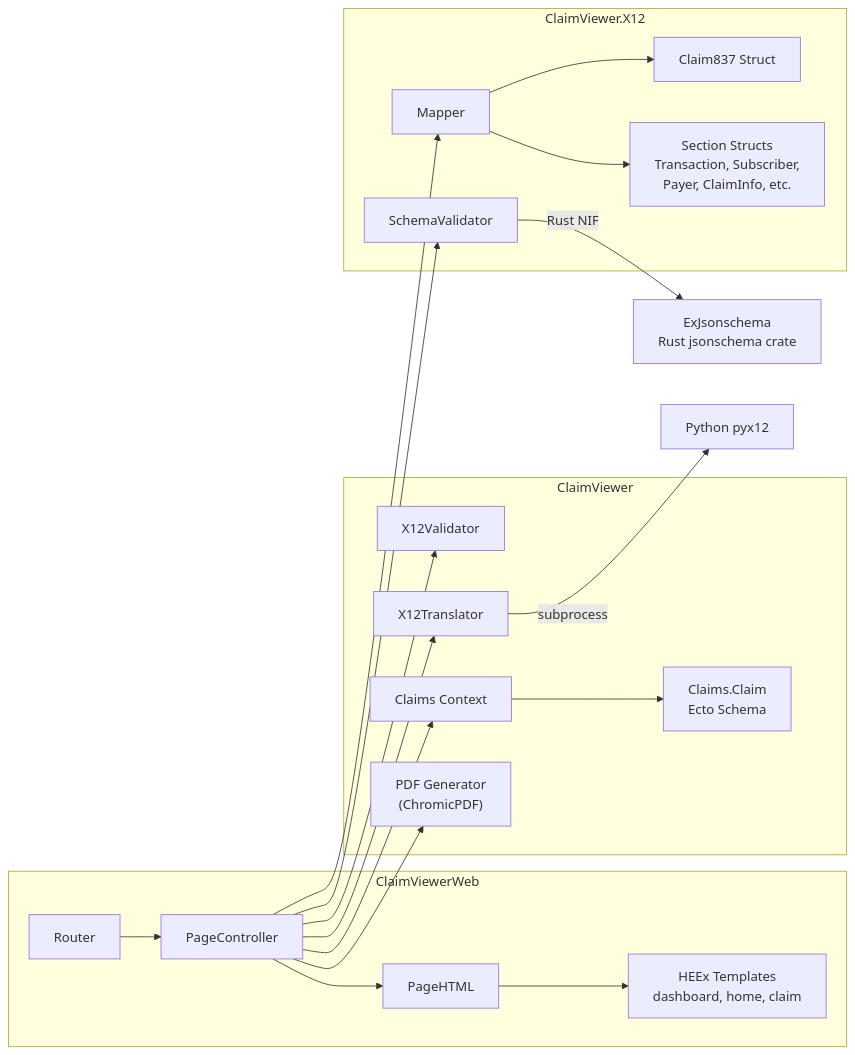
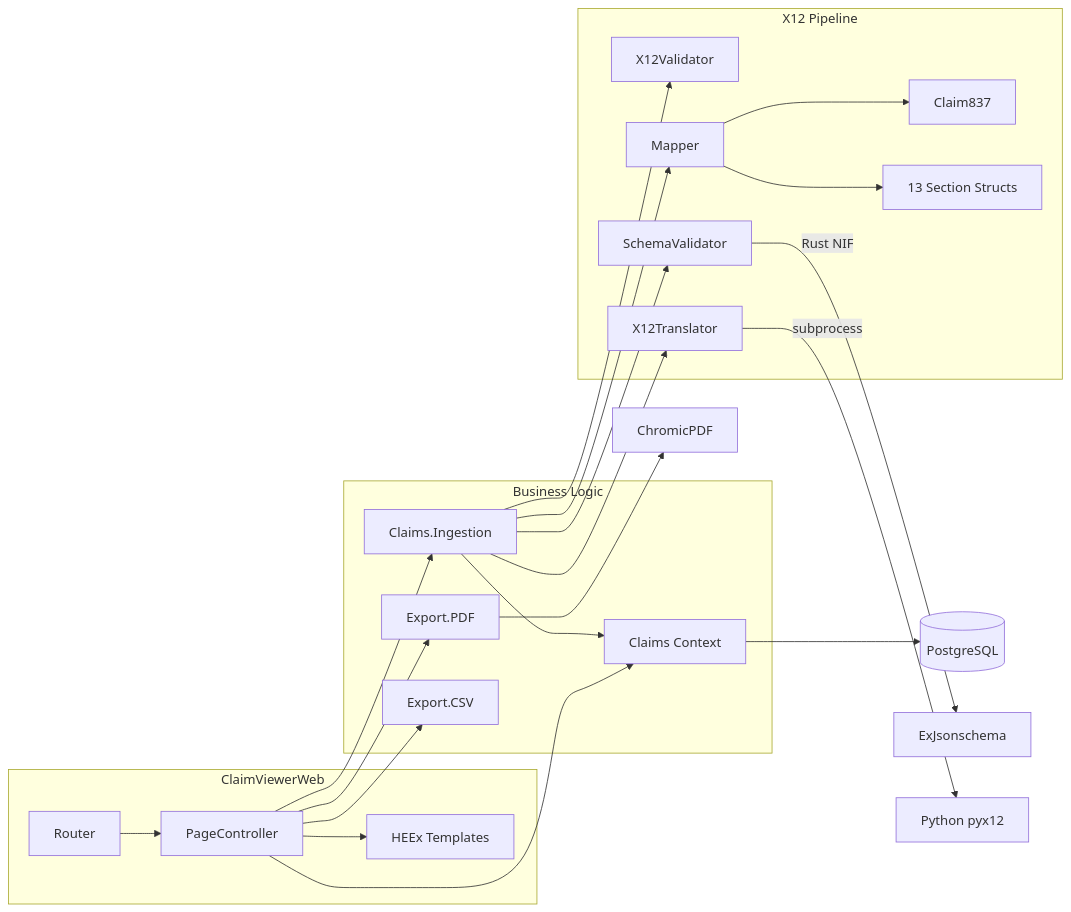
One commit to nagashi/X12-Claims-Translator-Viewer changed the sixth of 6 diagrams in README.md. Above: the diagram before and after it, drawn with Mermaid. The commit also changed other lines of this file, not shown here.

Commit message:
Overhauled Architecture & ran Property based tests

````diff
--- a/README.md
+++ b/README.md
@@ -227,35 +299,28 @@
 ```mermaid
 flowchart LR
     subgraph Web["ClaimViewerWeb"]
         Router --> PageController
-        PageController --> PageHTML
-        PageHTML --> Templates["HEEx Templates<br/>dashboard, home, claim"]
+        PageController --> Templates["HEEx Templates"]
     end
 
-    subgraph Core["ClaimViewer"]
-        X12Validator
-        X12Translator
+    subgraph BL["Business Logic"]
         Claims["Claims Context"]
-        ClaimSchema["Claims.Claim<br/>Ecto Schema"]
-        PDF["PDF Generator<br/>(ChromicPDF)"]
+        Ingestion["Claims.Ingestion"]
+        ExPDF["Export.PDF"]
+        ExCSV["Export.CSV"]
     end
 
-    subgraph X12["ClaimViewer.X12"]
-        Mapper
-        SchemaValidator
-        Claim837["Claim837 Struct"]
-        Structs["Section Structs<br/>Transaction, Subscriber,<br/>Payer, ClaimInfo, etc."]
+    subgraph X12["X12 Pipeline"]
+        Validator["X12Validator"]
+        Translator["X12Translator"]
+        Mapper --> Claim837 & Structs["13 Section Structs"]
+        SchemaVal["SchemaValidator"]
     end
 
-    PageController --> X12Validator
-    PageController --> X12Translator
-    PageController --> Mapper
-    PageController --> SchemaValidator
-    PageController --> Claims
-    PageController --> PDF
-    Mapper --> Claim837
-    Mapper --> Structs
-    Claims --> ClaimSchema
-    SchemaValidator -->|Rust NIF| ExJsonschema["ExJsonschema<br/>Rust jsonschema crate"]
-    X12Translator -->|subprocess| Python["Python pyx12"]
+    PageController --> Claims & Ingestion & ExPDF & ExCSV
+    Ingestion --> Validator & Translator & Mapper & SchemaVal & Claims
+    Claims --> DB[("PostgreSQL")]
+    SchemaVal -->|"Rust NIF"| ExJ["ExJsonschema"]
+    Translator -->|"subprocess"| Py["Python pyx12"]
+    ExPDF --> ChromicPDF
 ```
````
